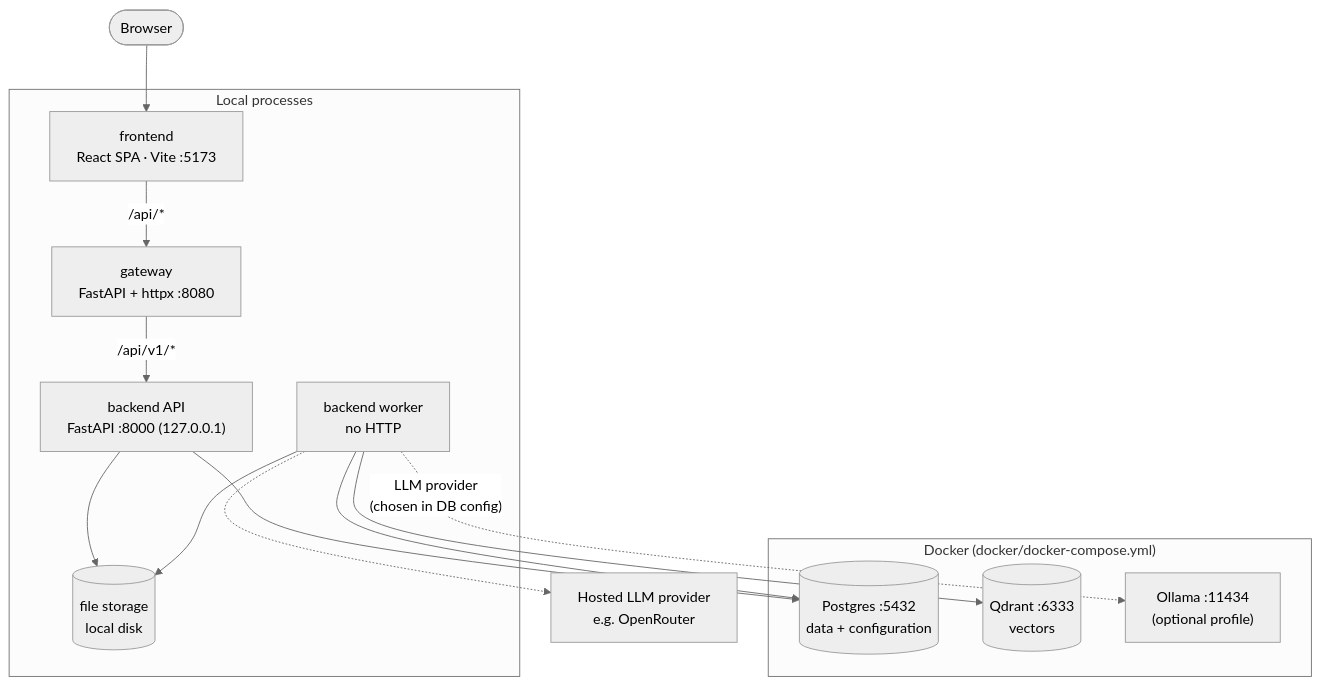
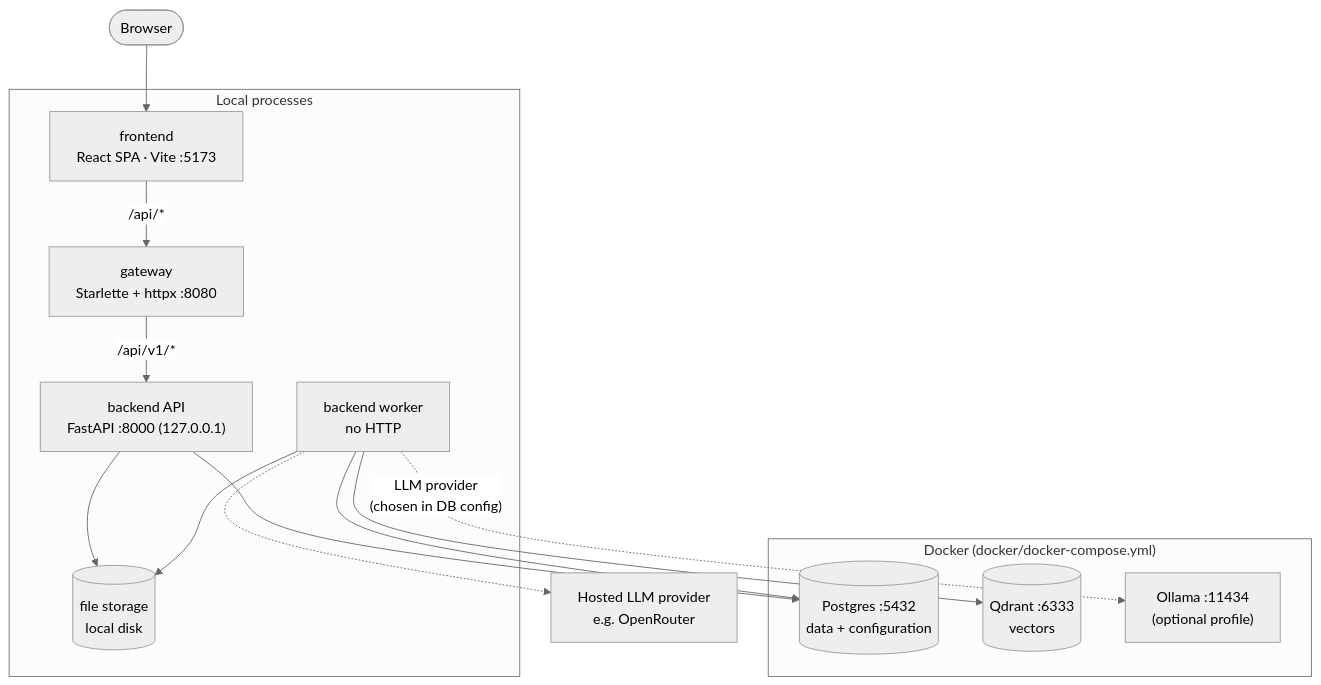
One commit to ramchandra-kc/ContractExtraction changed the first of 3 diagrams in docs/architecture.md. Above: the diagram before and after it, drawn with Mermaid (neutral theme). The commit also changed other lines of this file and 8 other files, not shown here.

````diff
--- a/docs/architecture.md
+++ b/docs/architecture.md
@@ -19,31 +19,31 @@
 ```mermaid
 flowchart TB
     browser([Browser])
 
     subgraph local["Local processes"]
         fe["frontend<br/>React SPA · Vite :5173"]
-        gw["gateway<br/>FastAPI + httpx :8080"]
+        gw["gateway<br/>Starlette + httpx :8080"]
         api["backend API<br/>FastAPI :8000 (127.0.0.1)"]
         wk["backend worker<br/>no HTTP"]
         fs[("file storage<br/>local disk")]
     end
 
     subgraph docker["Docker (docker/docker-compose.yml)"]
         pg[("Postgres :5432<br/>data + configuration")]
         qd[("Qdrant :6333<br/>vectors")]
         ol["Ollama :11434<br/>(optional profile)"]
     end
 
     or["Hosted LLM provider<br/>e.g. OpenRouter"]
 
     browser --> fe
     fe -- "/api/*" --> gw
     gw -- "/api/v1/*" --> api
     api --> pg
     api --> fs
     wk --> pg
     wk --> fs
     wk --> qd
     wk -. "LLM provider<br/>(chosen in DB config)" .-> ol
     wk -.-> or
 ```
````
